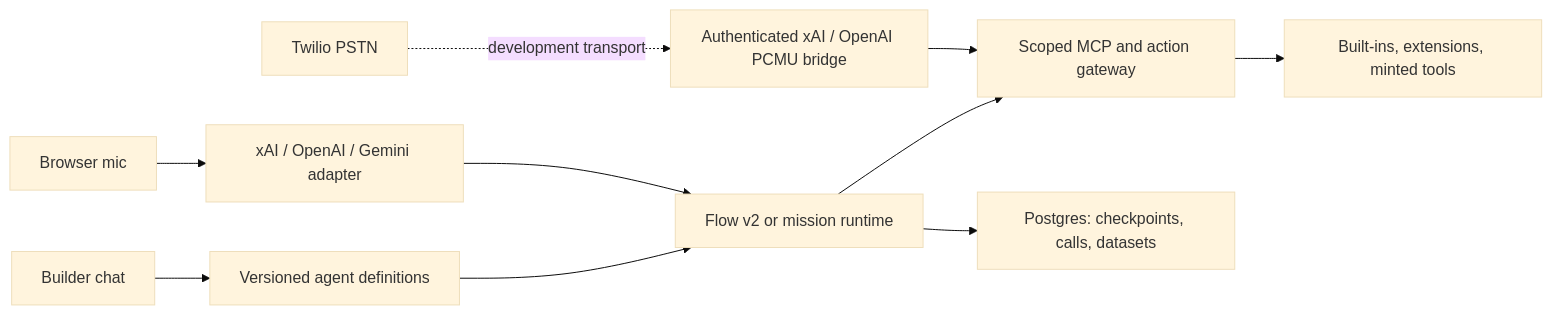
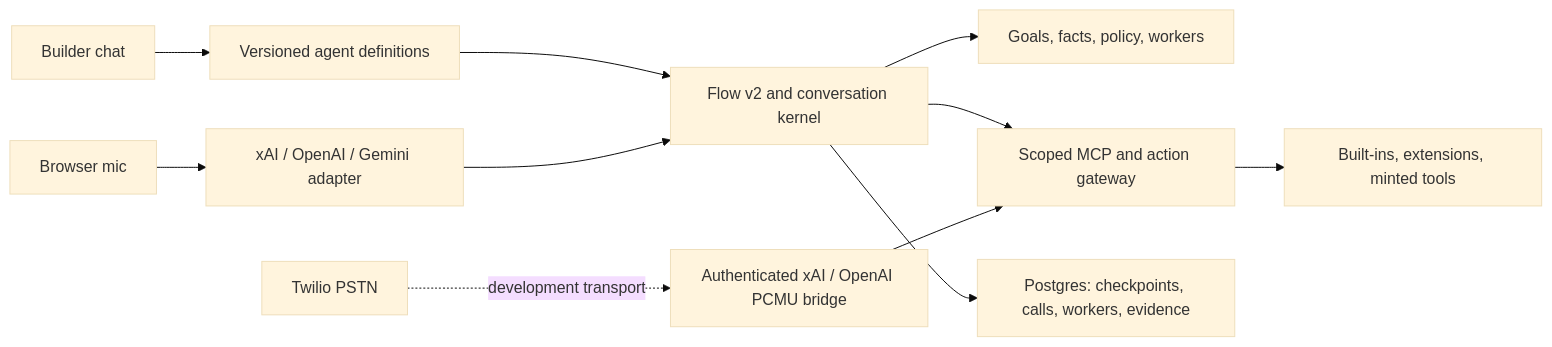
The diagram in README.md (harshag1/CallCenter), drawn with Mermaid (base theme) before and after one commit. The commit also changed other lines of this file and 2 other files, not shown here.

Commit message:
Document durable runtime implementation boundary

````diff
--- a/README.md
+++ b/README.md
@@ -58,10 +62,11 @@
 ```mermaid
 flowchart LR
   Builder["Builder chat"] --> Versions["Versioned agent definitions"]
-  Versions --> Runtime["Flow v2 or mission runtime"]
+  Versions --> Runtime["Flow v2 and conversation kernel"]
+  Runtime --> Heads["Goals, facts, policy, workers"]
   Runtime --> MCP["Scoped MCP and action gateway"]
   MCP --> Tools["Built-ins, extensions, minted tools"]
   Browser["Browser mic"] --> BrowserAdapter["xAI / OpenAI / Gemini adapter"] --> Runtime
   Twilio["Twilio PSTN"] -. "development transport" .-> Bridge["Authenticated xAI / OpenAI PCMU bridge"] --> MCP
-  Runtime --> DB["Postgres: checkpoints, calls, datasets"]
+  Runtime --> DB["Postgres: checkpoints, calls, workers, evidence"]
 ```
````
